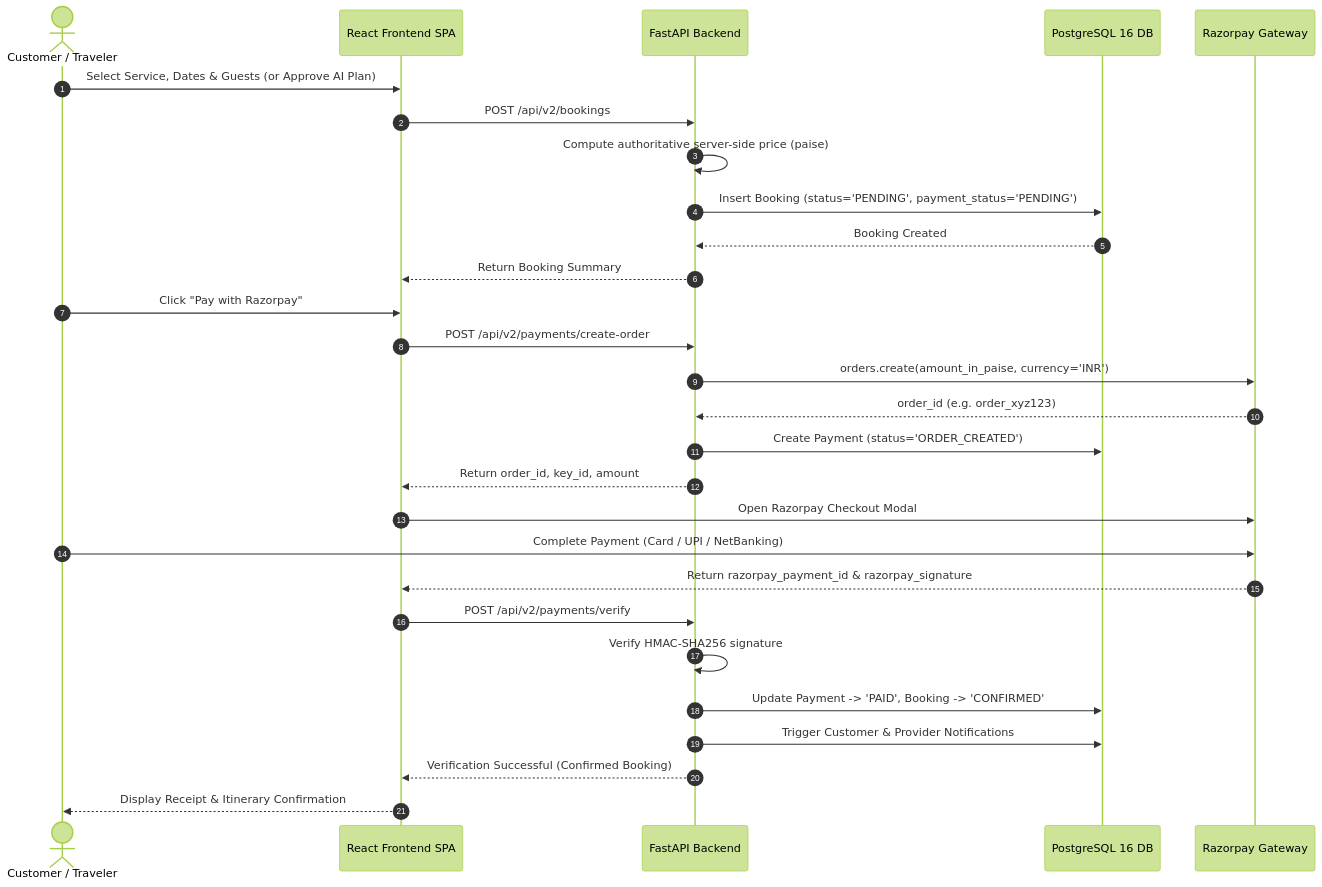
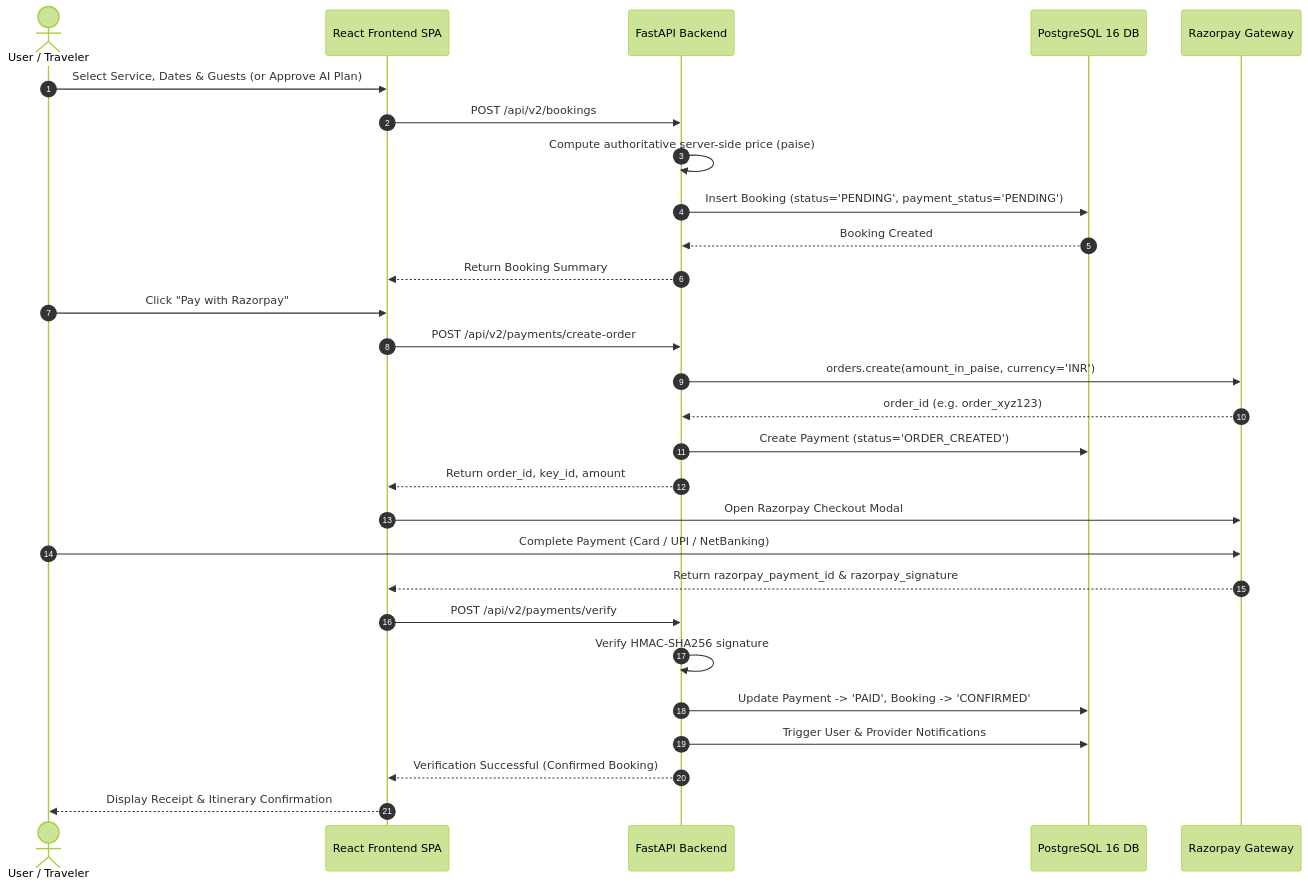
The fifth of 5 diagrams in docs/architecture.md (priyanshu130018/Namma-Connect), drawn with Mermaid (forest theme) before and after one commit. The commit also changed other lines of this file and 5 other files, not shown here.

````diff
--- a/docs/architecture.md
+++ b/docs/architecture.md
@@ -504,34 +460,34 @@
 ```mermaid
 sequenceDiagram
     autonumber
-    actor Traveler as Customer / Traveler
+    actor Traveler as User / Traveler
     participant SPA as React Frontend SPA
     participant Backend as FastAPI Backend
     participant DB as PostgreSQL 16 DB
     participant Razorpay as Razorpay Gateway
 
     Traveler->>SPA: Select Service, Dates & Guests (or Approve AI Plan)
     SPA->>Backend: POST /api/v2/bookings
     Backend->>Backend: Compute authoritative server-side price (paise)
     Backend->>DB: Insert Booking (status='PENDING', payment_status='PENDING')
     DB-->>Backend: Booking Created
     Backend-->>SPA: Return Booking Summary
     
     Traveler->>SPA: Click "Pay with Razorpay"
     SPA->>Backend: POST /api/v2/payments/create-order
     Backend->>Razorpay: orders.create(amount_in_paise, currency='INR')
     Razorpay-->>Backend: order_id (e.g. order_xyz123)
     Backend->>DB: Create Payment (status='ORDER_CREATED')
     Backend-->>SPA: Return order_id, key_id, amount
     
     SPA->>Razorpay: Open Razorpay Checkout Modal
     Traveler->>Razorpay: Complete Payment (Card / UPI / NetBanking)
     Razorpay-->>SPA: Return razorpay_payment_id & razorpay_signature
     
     SPA->>Backend: POST /api/v2/payments/verify
     Backend->>Backend: Verify HMAC-SHA256 signature
     Backend->>DB: Update Payment -> 'PAID', Booking -> 'CONFIRMED'
-    Backend->>DB: Trigger Customer & Provider Notifications
+    Backend->>DB: Trigger User & Provider Notifications
     Backend-->>SPA: Verification Successful (Confirmed Booking)
     SPA-->>Traveler: Display Receipt & Itinerary Confirmation
 ```
````
